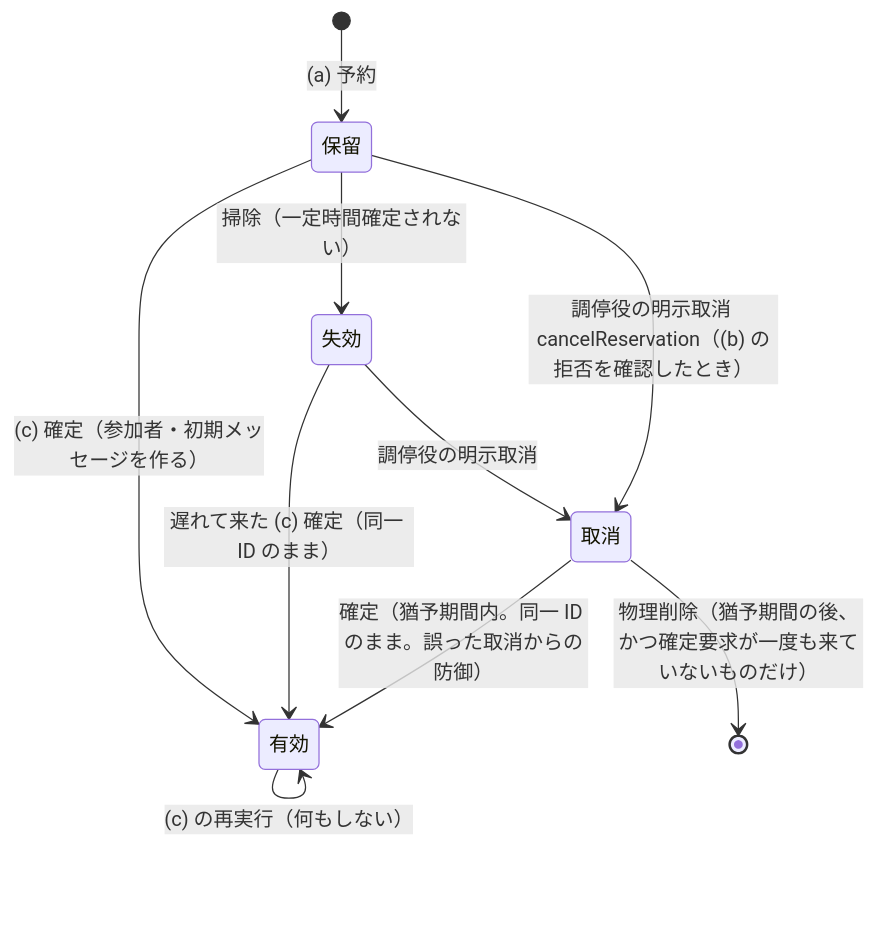
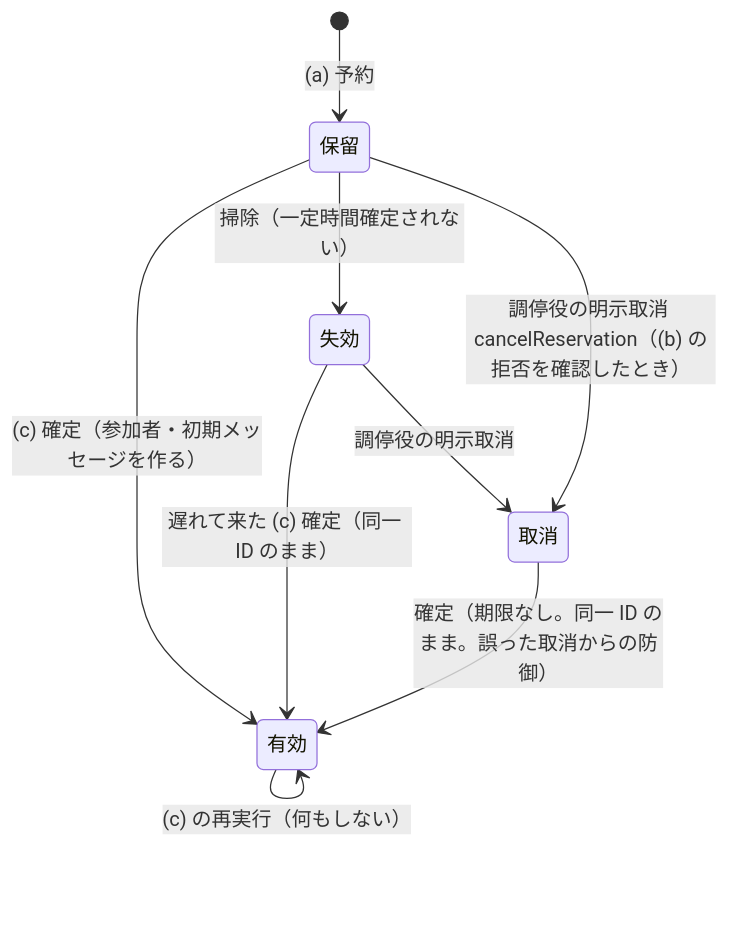
Before and after one commit to kenta-0420/mannschaft: the second of 4 diagrams in docs/architecture/modular_monolith_boundary_debt_repayment.md, drawn with Mermaid. The commit also changed other lines of this file and 1 other file, not shown here.

````diff
--- a/docs/architecture/modular_monolith_boundary_debt_repayment.md
+++ b/docs/architecture/modular_monolith_boundary_debt_repayment.md
@@ -325,12 +326,11 @@
    ```mermaid
    stateDiagram-v2
      [*] --> 保留: (a) 予約
      保留 --> 有効: (c) 確定（参加者・初期メッセージを作る）
      保留 --> 失効: 掃除（一定時間確定されない）
      保留 --> 取消: 調停役の明示取消 cancelReservation（(b) の拒否を確認したとき）
      失効 --> 有効: 遅れて来た (c) 確定（同一 ID のまま）
      失効 --> 取消: 調停役の明示取消
-     取消 --> 有効: 確定（猶予期間内。同一 ID のまま。誤った取消からの防御）
-     取消 --> [*]: 物理削除（猶予期間の後、かつ確定要求が一度も来ていないものだけ）
+     取消 --> 有効: 確定（期限なし。同一 ID のまま。誤った取消からの防御）
      有効 --> 有効: (c) の再実行（何もしない）
    ```
````
